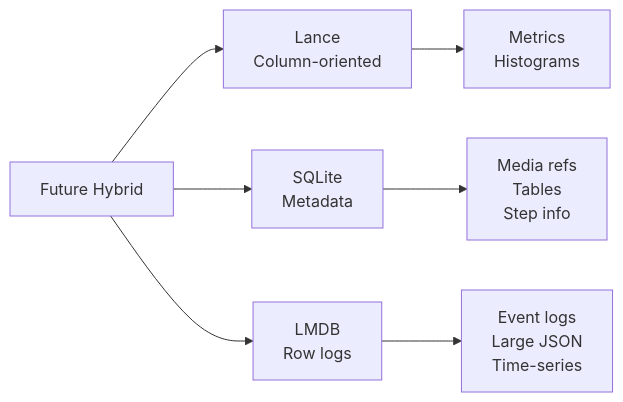
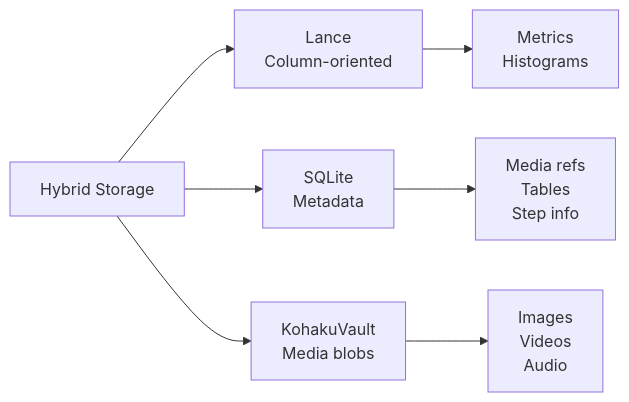
Before and after one commit to KohakuBlueleaf/KohakuBoard: the sixth of 14 diagrams in docs/kohakuboard/architecture.md, drawn with Mermaid. The commit also changed other lines of this file, not shown here.

````diff
--- a/docs/kohakuboard/architecture.md
+++ b/docs/kohakuboard/architecture.md
@@ -306,11 +306,11 @@
 ```mermaid
 graph LR
-    A[Future Hybrid] --> B[Lance<br/>Column-oriented]
+    A[Hybrid Storage] --> B[Lance<br/>Column-oriented]
     A --> C[SQLite<br/>Metadata]
-    A --> D[LMDB<br/>Row logs]
+    A --> D[KohakuVault<br/>Media blobs]
 
     B --> B1[Metrics<br/>Histograms]
     C --> C1[Media refs<br/>Tables<br/>Step info]
-    D --> D1[Event logs<br/>Large JSON<br/>Time-series]
+    D --> D1[Images<br/>Videos<br/>Audio]
 
 ```
````
